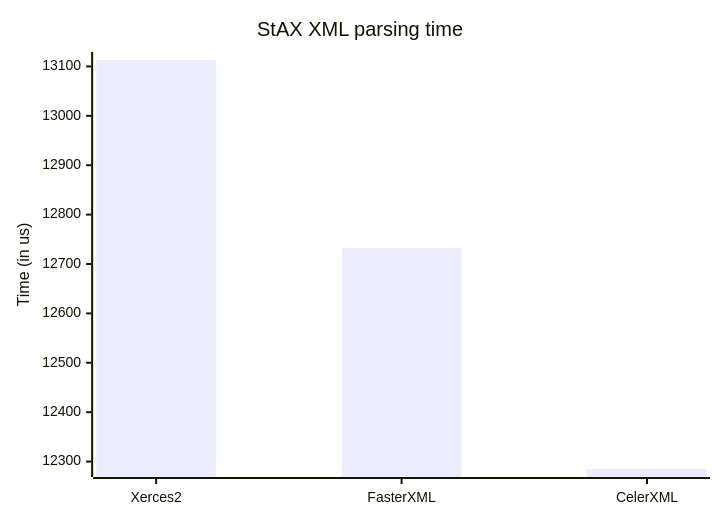
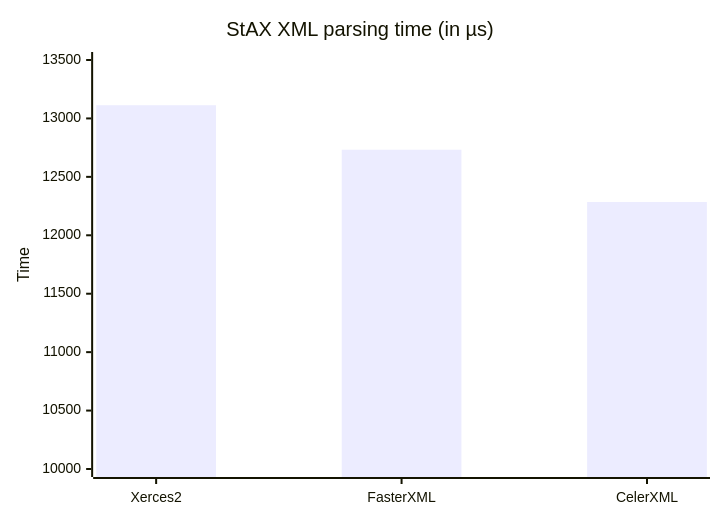
One commit to celersms/celerxml changed the first of 3 diagrams in benchmark/README.md. Above: the diagram before and after it, drawn with Mermaid. The commit also changed other lines of this file, not shown here.

Commit message:
XML parsers benchmark report

````diff
--- a/benchmark/README.md
+++ b/benchmark/README.md
@@ -18,7 +17,7 @@
 ```mermaid
 xychart
-    title "StAX XML parsing time"
+    title "StAX XML parsing time (in µs)"
     x-axis [Xerces2, FasterXML, CelerXML]
-    y-axis "Time (in us)"
+    y-axis Time 10000 --> 13500
     bar [13113, 12732, 12285]
 ```
````
